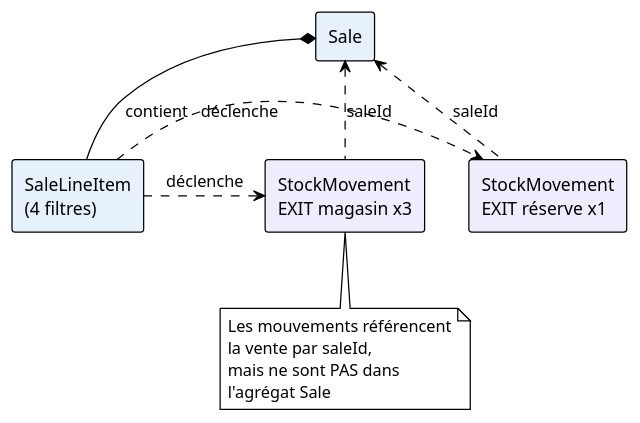
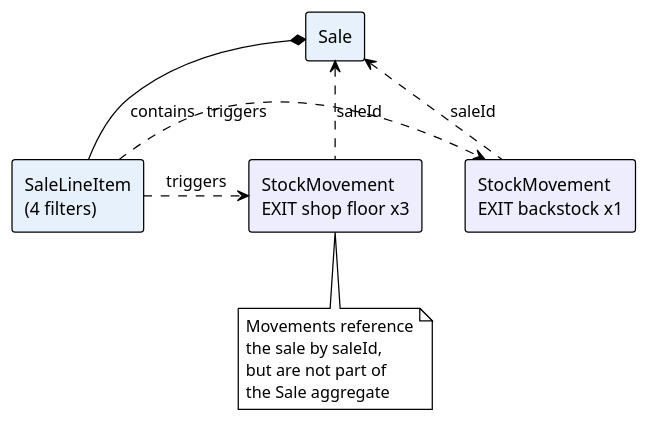
Before and after one commit to aliCheikCheikh/auto-stock-management: the second of 2 diagrams in antora-docs/modules/domain/pages/aggregate-sale.adoc, drawn with PlantUML. The commit also changed other lines of this file and 542 other files, not shown here.

```diff
--- a/antora-docs/modules/domain/pages/aggregate-sale.adoc
+++ b/antora-docs/modules/domain/pages/aggregate-sale.adoc
@@ -171,25 +165,25 @@
 [plantuml]
 ----
 @startuml
 !theme plain
 skinparam backgroundColor transparent
 
 rectangle "Sale" as S #E6F1FB
-rectangle "SaleLineItem\n(4 filtres)" as SLI #E6F1FB
-rectangle "StockMovement\nEXIT magasin x3" as SM1 #EEEDFE
-rectangle "StockMovement\nEXIT réserve x1" as SM2 #EEEDFE
+rectangle "SaleLineItem\n(4 filters)" as SLI #E6F1FB
+rectangle "StockMovement\nEXIT shop floor x3" as SM1 #EEEDFE
+rectangle "StockMovement\nEXIT backstock x1" as SM2 #EEEDFE
 
-S *-down- SLI : contient
+S *-down- SLI : contains
 SM1 .left.> S : saleId
 SM2 .left.> S : saleId
-SLI .right.> SM1 : déclenche
-SLI .right.> SM2 : déclenche
+SLI .right.> SM1 : triggers
+SLI .right.> SM2 : triggers
 
 note bottom of SM1
-  Les mouvements référencent
-  la vente par saleId,
-  mais ne sont PAS dans
-  l'agrégat Sale
+  Movements reference
+  the sale by saleId,
+  but are not part of
+  the Sale aggregate
 end note
 @enduml
 ----
```
